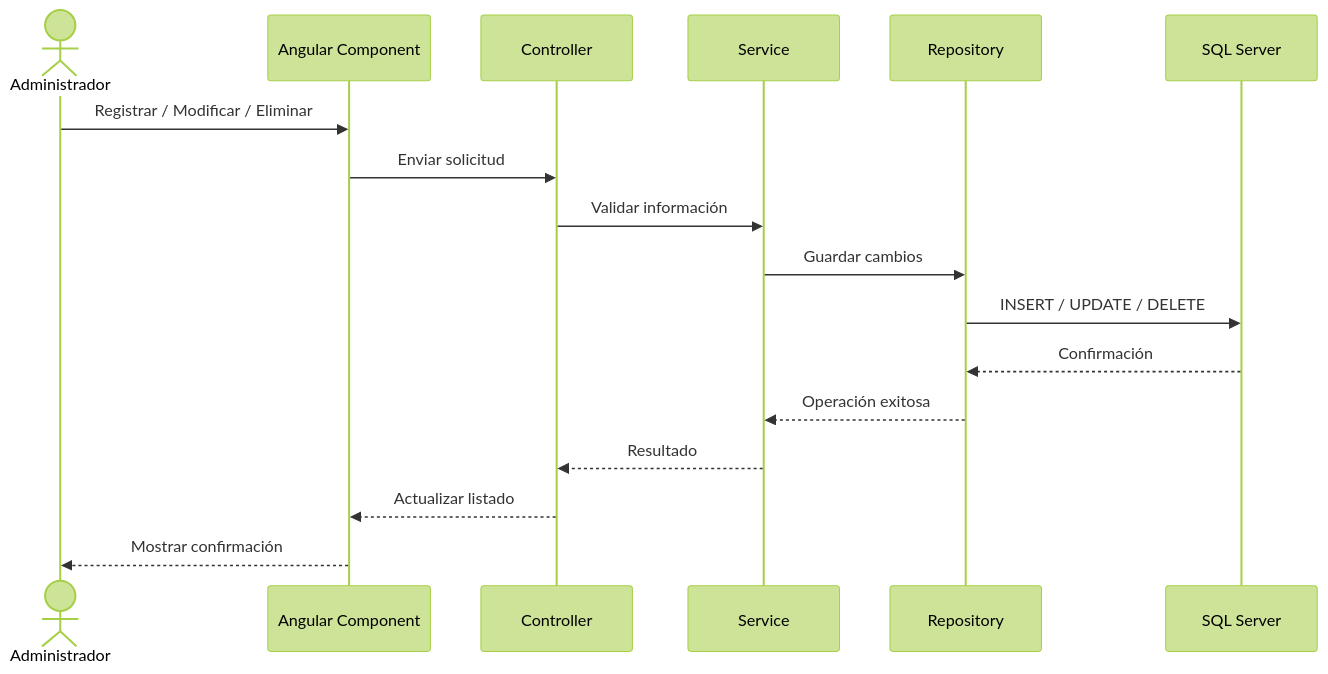
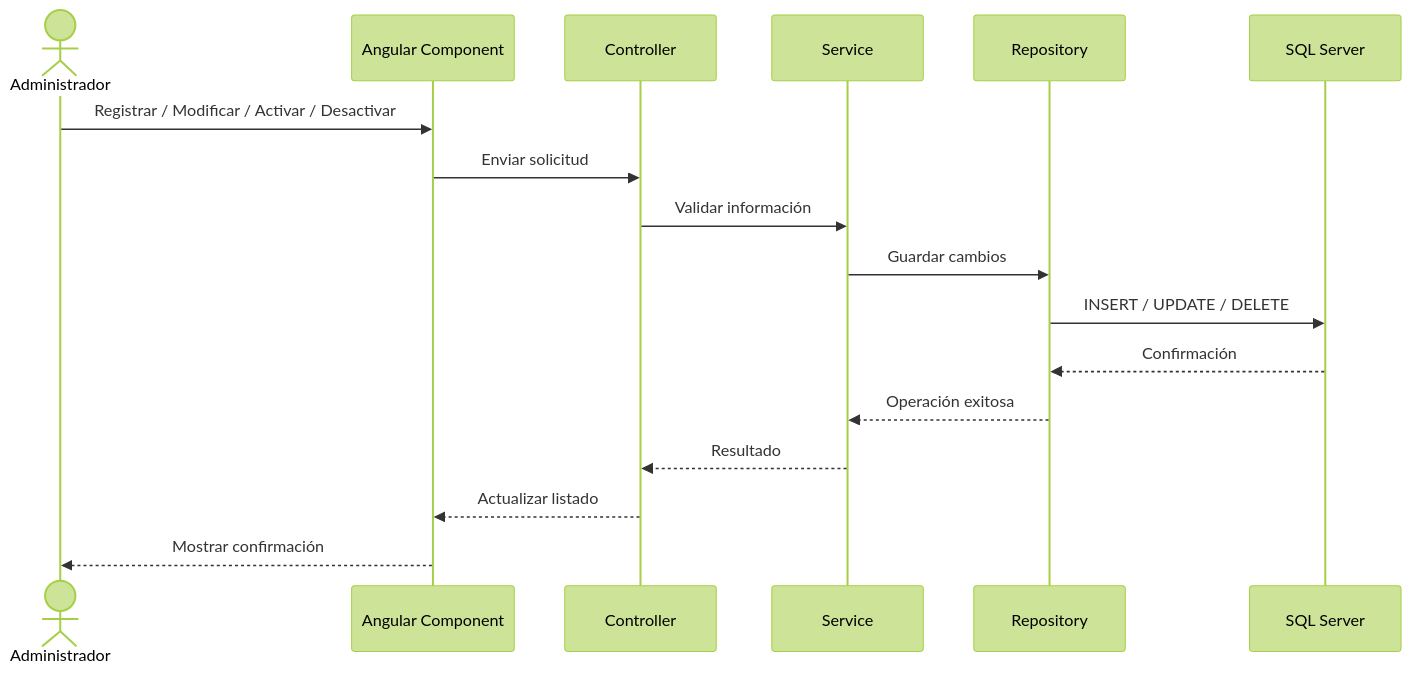
Before and after one commit to acifuinaMar/ClimGuard: the second of 6 diagrams in docs/DOC-08-Diagramas de secuencia.md, drawn with Mermaid (forest theme). The commit also changed other lines of this file and 15 other files, not shown here.

````diff
--- a/docs/DOC-08-Diagramas de secuencia.md
+++ b/docs/DOC-08-Diagramas de secuencia.md
@@ -67,31 +67,31 @@
 ```mermaid
 sequenceDiagram
 
 actor Administrador
 
 participant Vista as Angular Component
 participant Controller
 participant Service
 participant Repository
 participant SQL as SQL Server
 
-Administrador->>Vista: Registrar / Modificar / Eliminar
+Administrador->>Vista: Registrar / Modificar / Activar / Desactivar
 
 Vista->>Controller: Enviar solicitud
 
 Controller->>Service: Validar información
 
 Service->>Repository: Guardar cambios
 
 Repository->>SQL: INSERT / UPDATE / DELETE
 
 SQL-->>Repository: Confirmación
 
 Repository-->>Service: Operación exitosa
 
 Service-->>Controller: Resultado
 
 Controller-->>Vista: Actualizar listado
 
 Vista-->>Administrador: Mostrar confirmación
 ```
````
